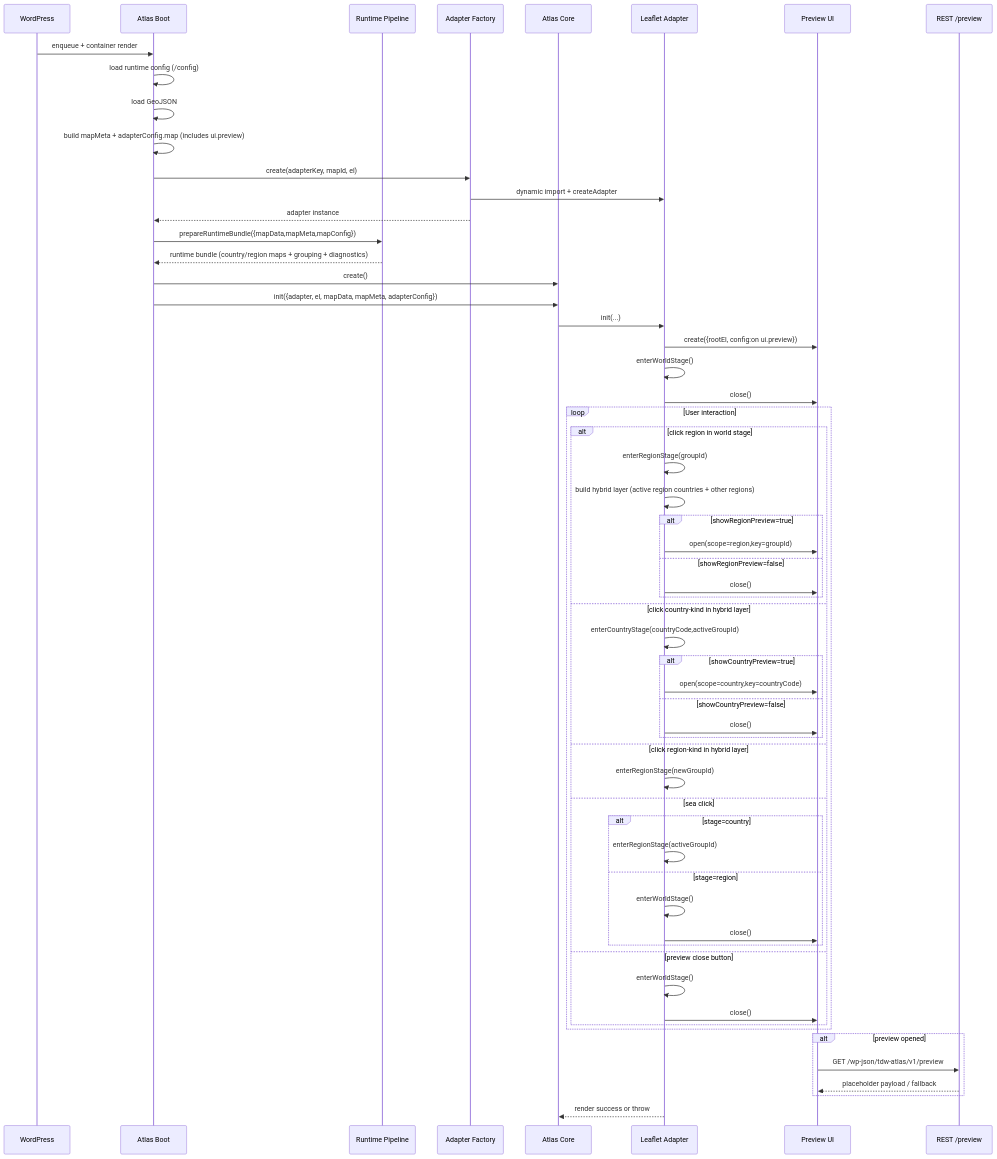
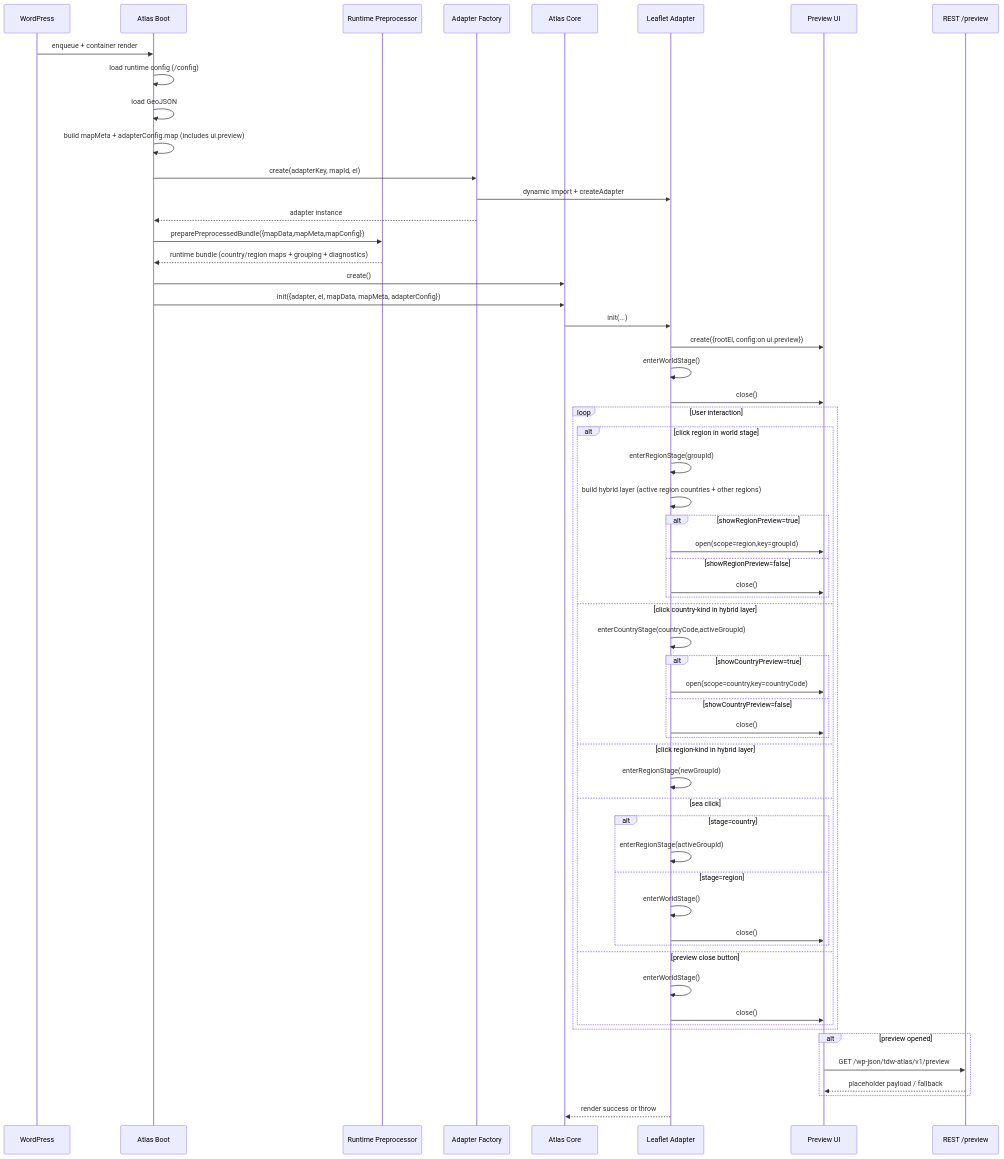
Before and after one commit to Exc3pti0n123/tdw-atlas-engine: the diagram in docs/diagrams/runtime-sequence.md, drawn with Mermaid. The commit also changed 38 other files, not shown here.

````diff
--- a/docs/diagrams/runtime-sequence.md
+++ b/docs/diagrams/runtime-sequence.md
@@ -3,64 +3,64 @@
 ```mermaid
 sequenceDiagram
   participant WP as WordPress
   participant BOOT as Atlas Boot
-  participant PIPE as Runtime Pipeline
+  participant PIPE as Runtime Preprocessor
   participant AF as Adapter Factory
   participant CORE as Atlas Core
   participant ADP as Leaflet Adapter
   participant PUI as Preview UI
   participant API as REST /preview
 
   WP->>BOOT: enqueue + container render
   BOOT->>BOOT: load runtime config (/config)
   BOOT->>BOOT: load GeoJSON
   BOOT->>BOOT: build mapMeta + adapterConfig.map (includes ui.preview)
   BOOT->>AF: create(adapterKey, mapId, el)
   AF->>ADP: dynamic import + createAdapter
   AF-->>BOOT: adapter instance
-  BOOT->>PIPE: prepareRuntimeBundle({mapData,mapMeta,mapConfig})
+  BOOT->>PIPE: preparePreprocessedBundle({mapData,mapMeta,mapConfig})
   PIPE-->>BOOT: runtime bundle (country/region maps + grouping + diagnostics)
   BOOT->>CORE: create()
   BOOT->>CORE: init({adapter, el, mapData, mapMeta, adapterConfig})
   CORE->>ADP: init(...)
   ADP->>PUI: create({rootEl, config:on ui.preview})
   ADP->>ADP: enterWorldStage()
   ADP->>PUI: close()
 
   loop User interaction
     alt click region in world stage
       ADP->>ADP: enterRegionStage(groupId)
       ADP->>ADP: build hybrid layer (active region countries + other regions)
       alt showRegionPreview=true
         ADP->>PUI: open(scope=region,key=groupId)
       else showRegionPreview=false
         ADP->>PUI: close()
       end
     else click country-kind in hybrid layer
       ADP->>ADP: enterCountryStage(countryCode,activeGroupId)
       alt showCountryPreview=true
         ADP->>PUI: open(scope=country,key=countryCode)
       else showCountryPreview=false
         ADP->>PUI: close()
       end
     else click region-kind in hybrid layer
       ADP->>ADP: enterRegionStage(newGroupId)
     else sea click
       alt stage=country
         ADP->>ADP: enterRegionStage(activeGroupId)
       else stage=region
         ADP->>ADP: enterWorldStage()
         ADP->>PUI: close()
       end
     else preview close button
       ADP->>ADP: enterWorldStage()
       ADP->>PUI: close()
     end
   end
 
   alt preview opened
     PUI->>API: GET /wp-json/tdw-atlas/v1/preview
     API-->>PUI: placeholder payload / fallback
   end
   ADP-->>CORE: render success or throw
 ```
````
